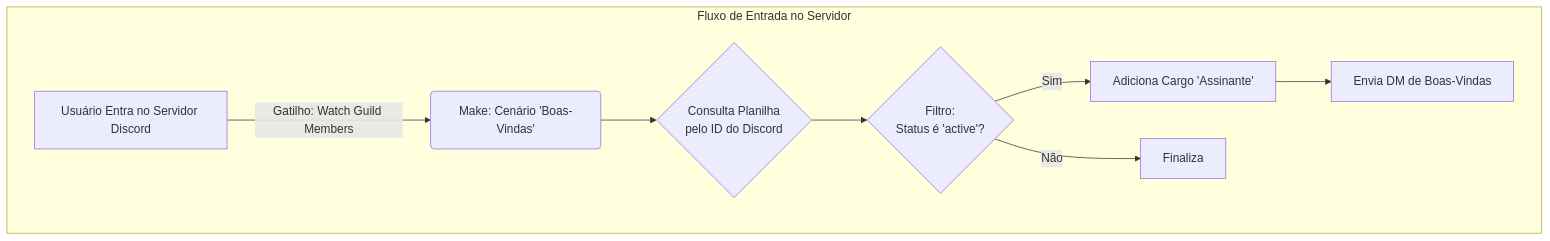
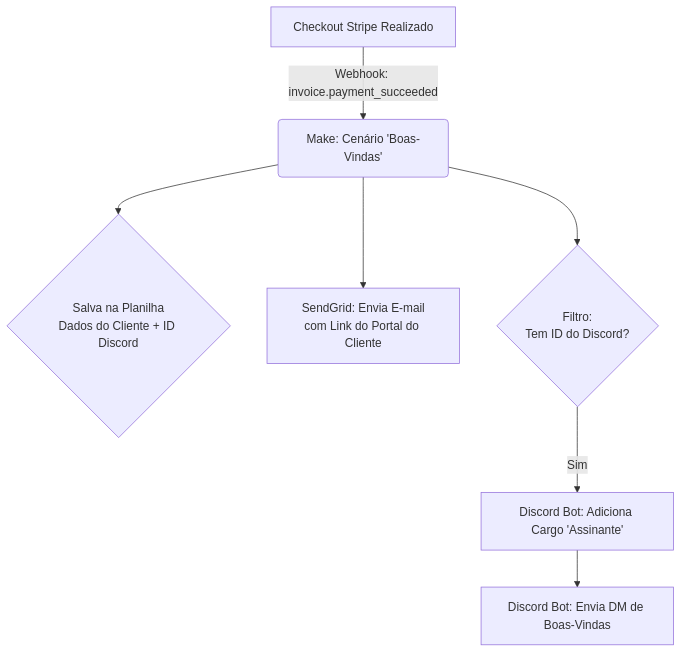
The first of 2 diagrams in README.md (mariana-kleina/rpg-teste), drawn with Mermaid before and after one commit. The commit also changed other lines of this file, not shown here.

````diff
--- a/README.md
+++ b/README.md
@@ -26,11 +50,9 @@
 ```mermaid
 graph TD
-    subgraph Fluxo de Entrada no Servidor
-        E[Usuário Entra no Servidor Discord] -->|Gatilho: Watch Guild Members| F(Make: Cenário 'Boas-Vindas');
-        F --> G{Consulta Planilha<br>pelo ID do Discord};
-        G --> H{Filtro:<br>Status é 'active'?}
-        H -- Sim --> I[Adiciona Cargo 'Assinante'];
-        I --> J[Envia DM de Boas-Vindas];
-        H -- Não --> K[Finaliza];
-    end
+    A[Checkout Stripe Realizado] -->|Webhook: invoice.payment_succeeded| B(Make: Cenário 'Boas-Vindas');
+    B --> C{Salva na Planilha<br>Dados do Cliente + ID Discord};
+    B --> D[SendGrid: Envia E-mail<br>com Link do Portal do Cliente];
+    B --> E{Filtro:<br>Tem ID do Discord?};
+    E -- Sim --> F[Discord Bot: Adiciona Cargo 'Assinante'];
+    F --> G[Discord Bot: Envia DM de Boas-Vindas];
 ```
````
